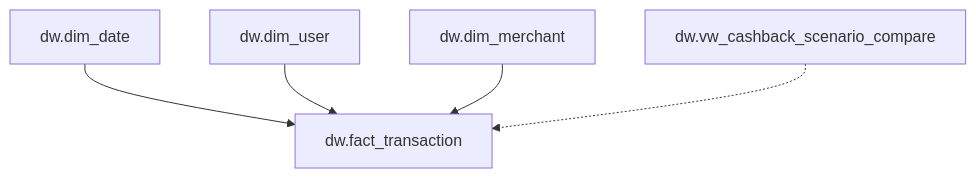
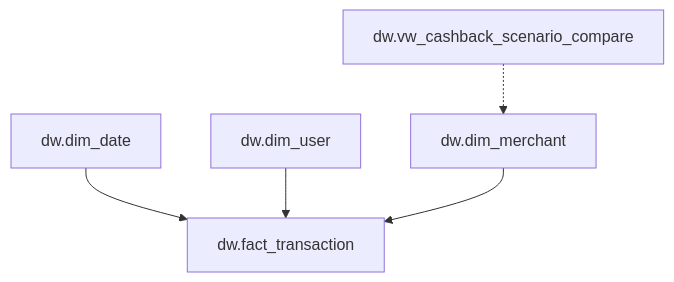
Before and after one commit to TienPhap0102/05_MoMo-Mobile-Topup-Performance-Cashback-Strategy-Analysis: the second of 2 diagrams in README.md, drawn with Mermaid. The commit also changed other lines of this file, not shown here.

````diff
--- a/README.md
+++ b/README.md
@@ -324,7 +324,7 @@
 ```mermaid
 flowchart TB
     DD[dw.dim_date] --> FT[dw.fact_transaction]
     DU[dw.dim_user] --> FT
     DM[dw.dim_merchant] --> FT
-    SP[dw.vw_cashback_scenario_compare] -.-> FT
+    SP[dw.vw_cashback_scenario_compare] -.-> DM[dw.dim_merchant]
 ```
````
